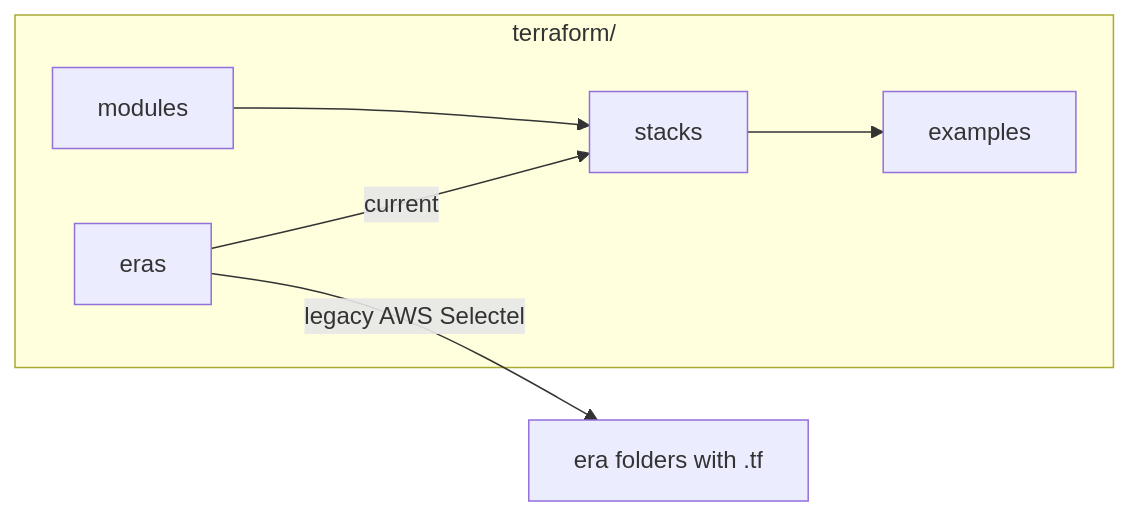
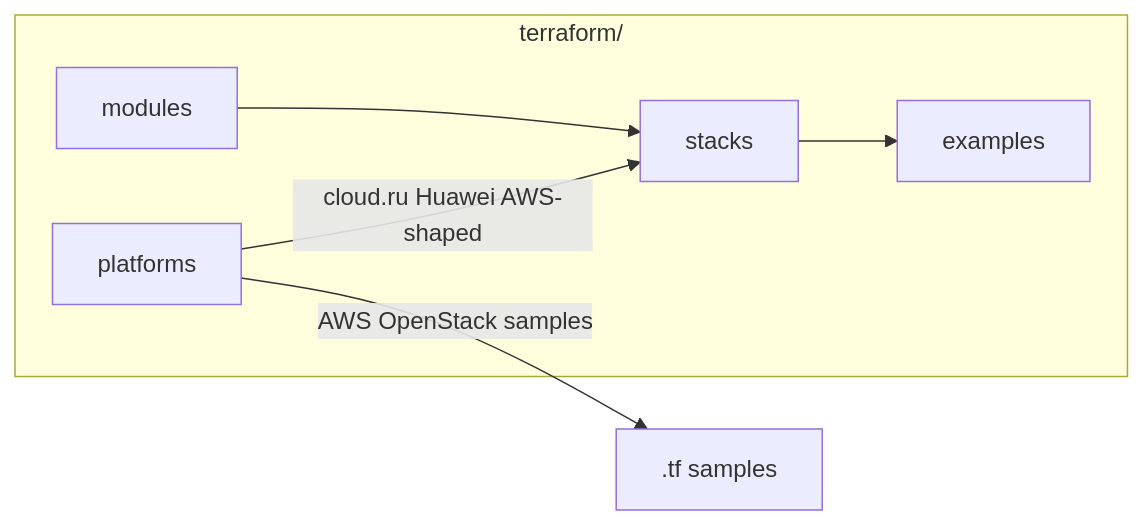
Before and after one commit to NarberallGamma/narberall-platform-engineer-lab: the second of 3 diagrams in README.md, drawn with Mermaid. The commit also changed other lines of this file and 31 other files, not shown here.

First line of the commit message:
Reframe IaC platforms for hunters: drop Legacy labels, clarify Huawei/AWS map.

````diff
--- a/README.md
+++ b/README.md
@@ -40,13 +55,13 @@
 ```mermaid
 flowchart LR
   subgraph tf ["terraform/"]
-    Eras[eras]
+    Plat[platforms]
     Stacks[stacks]
     Mods[modules]
     Ex[examples]
   end
-  Eras -->|current| Stacks
-  Eras -->|legacy AWS Selectel| LegacyCode[era folders with .tf]
+  Plat -->|cloud.ru Huawei AWS-shaped| Stacks
+  Plat -->|AWS OpenStack samples| Code[.tf samples]
   Mods --> Stacks
   Stacks --> Ex
 ```
````
